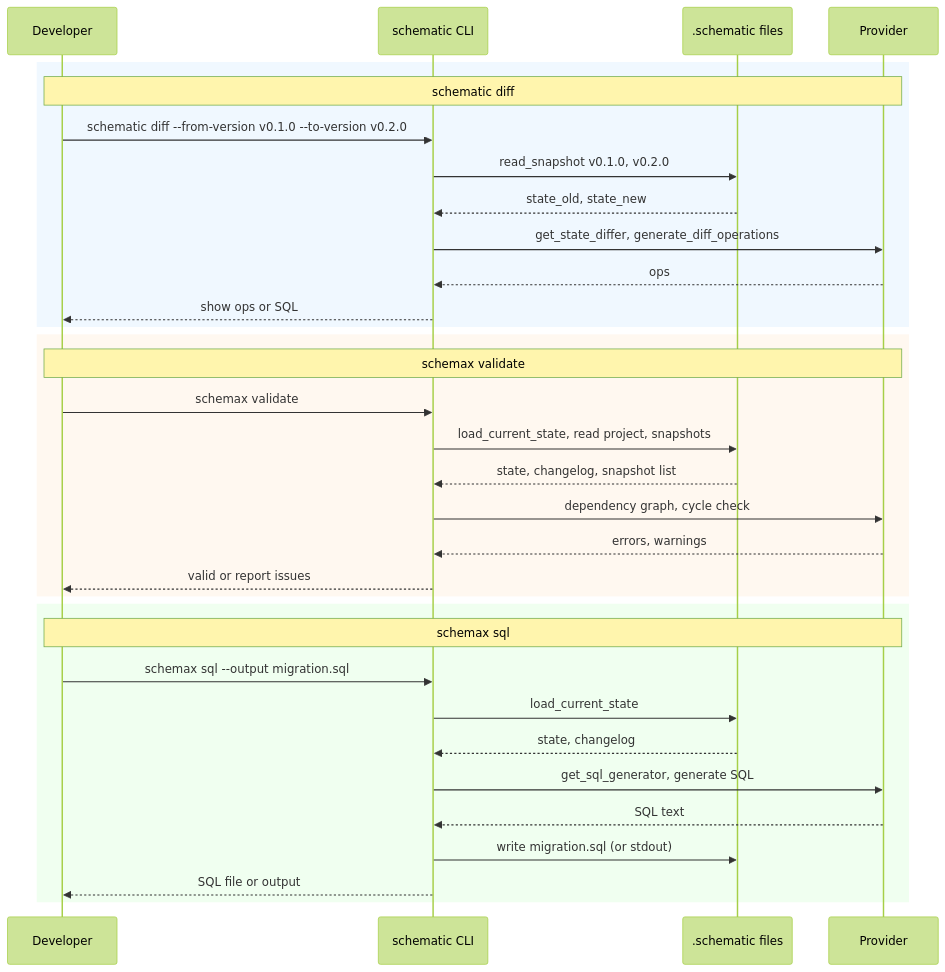
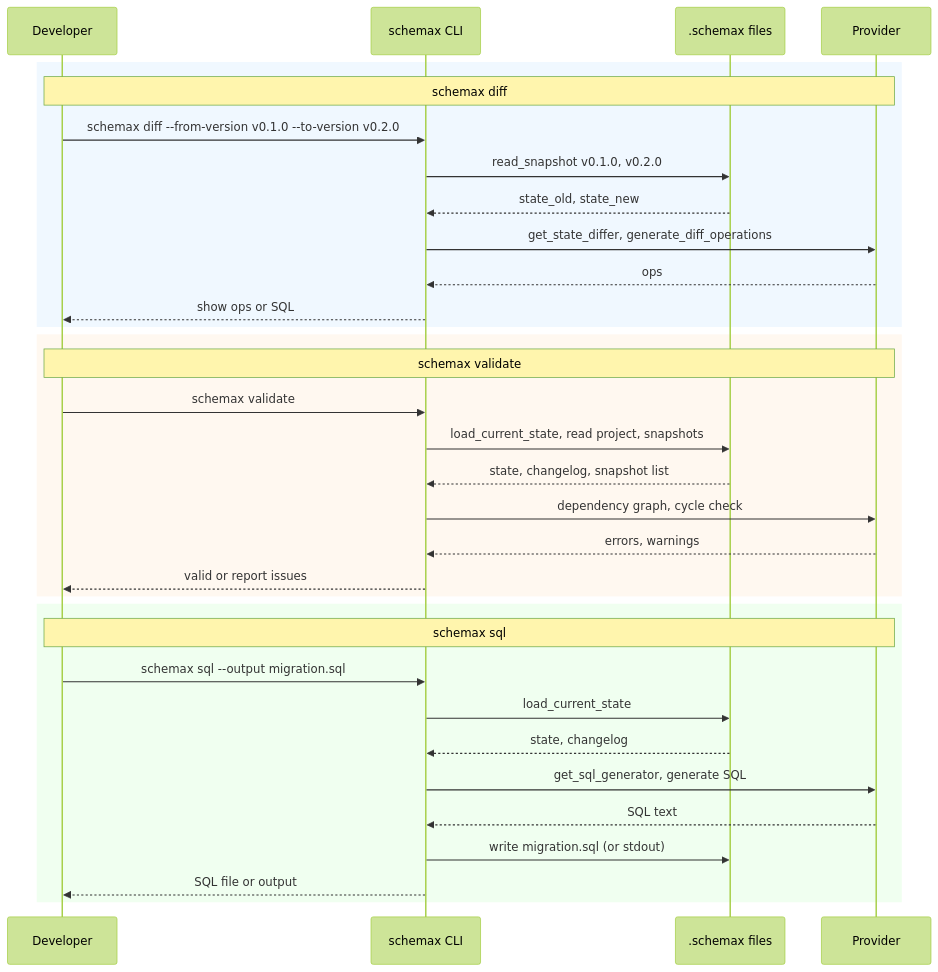
Before and after one commit to vb-dbrks/schemax: the fifth of 6 diagrams in docs/WORKFLOWS.md, drawn with Mermaid (forest theme). The commit also changed other lines of this file and 41 other files, not shown here.

````diff
--- a/docs/WORKFLOWS.md
+++ b/docs/WORKFLOWS.md
@@ -284,38 +284,38 @@
 ```mermaid
 sequenceDiagram
   participant Dev as Developer
-  participant CLI as schematic CLI
-  participant Storage as .schematic files
+  participant CLI as schemax CLI
+  participant Storage as .schemax files
   participant Provider as Provider
 
   rect rgb(240, 248, 255)
-    Note over Dev,Provider: schematic diff
-    Dev->>CLI: schematic diff --from-version v0.1.0 --to-version v0.2.0
+    Note over Dev,Provider: schemax diff
+    Dev->>CLI: schemax diff --from-version v0.1.0 --to-version v0.2.0
     CLI->>Storage: read_snapshot v0.1.0, v0.2.0
     Storage-->>CLI: state_old, state_new
     CLI->>Provider: get_state_differ, generate_diff_operations
     Provider-->>CLI: ops
     CLI-->>Dev: show ops or SQL
   end
 
   rect rgb(255, 248, 240)
     Note over Dev,Provider: schemax validate
     Dev->>CLI: schemax validate
     CLI->>Storage: load_current_state, read project, snapshots
     Storage-->>CLI: state, changelog, snapshot list
     CLI->>Provider: dependency graph, cycle check
     Provider-->>CLI: errors, warnings
     CLI-->>Dev: valid or report issues
   end
 
   rect rgb(240, 255, 240)
     Note over Dev,Provider: schemax sql
     Dev->>CLI: schemax sql --output migration.sql
     CLI->>Storage: load_current_state
     Storage-->>CLI: state, changelog
     CLI->>Provider: get_sql_generator, generate SQL
     Provider-->>CLI: SQL text
     CLI->>Storage: write migration.sql (or stdout)
     CLI-->>Dev: SQL file or output
   end
 ```
````
